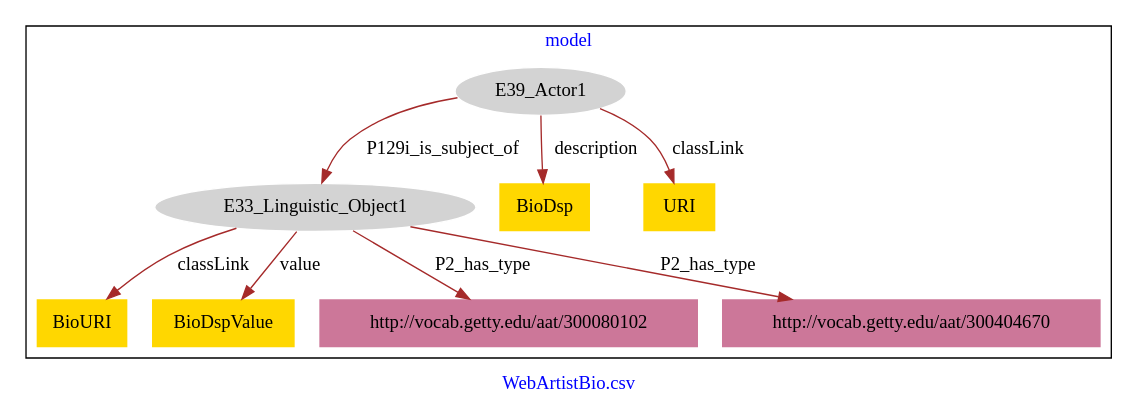
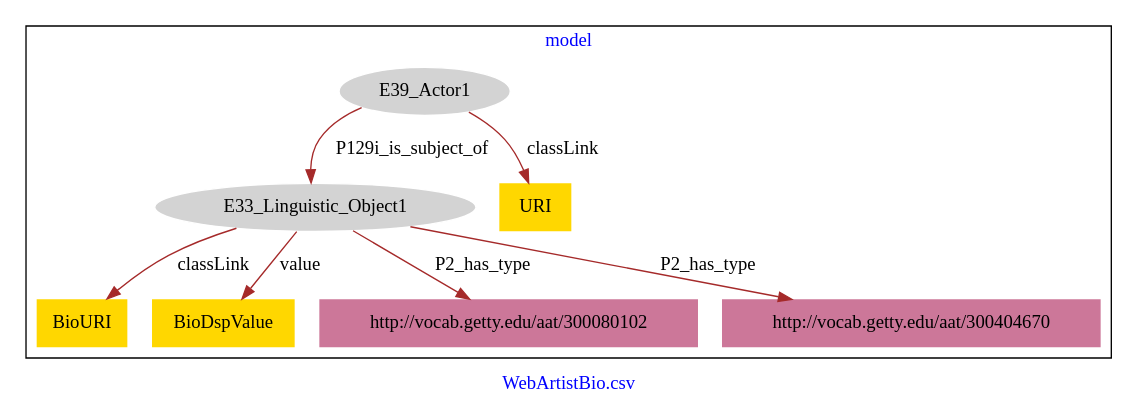
Before and after one commit to american-art/SAAM: the diagram in WebArtistBio/WebArtistBio-model.dot, drawn with Graphviz.

Commit message:
Update file WebArtistBio-model.dot

```diff
--- a/WebArtistBio/WebArtistBio-model.dot
+++ b/WebArtistBio/WebArtistBio-model.dot
@@ -1,23 +1,21 @@
 digraph n0 {
 fontcolor="blue"
 remincross="true"
 label="WebArtistBio.csv"
 subgraph cluster {
 label="model"
 n2[style="filled",color="white",fillcolor="lightgray",label="E39_Actor1"];
 n3[style="filled",color="white",fillcolor="lightgray",label="E33_Linguistic_Object1"];
-n4[shape="plaintext",style="filled",fillcolor="gold",label="BioDsp"];
+n4[shape="plaintext",style="filled",fillcolor="gold",label="URI"];
 n5[shape="plaintext",style="filled",fillcolor="gold",label="BioURI"];
-n6[shape="plaintext",style="filled",fillcolor="gold",label="URI"];
-n7[shape="plaintext",style="filled",fillcolor="gold",label="BioDspValue"];
-n8[shape="plaintext",style="filled",fillcolor="#CC7799",label="http://vocab.getty.edu/aat/300080102"];
-n9[shape="plaintext",style="filled",fillcolor="#CC7799",label="http://vocab.getty.edu/aat/300404670"];
+n6[shape="plaintext",style="filled",fillcolor="gold",label="BioDspValue"];
+n7[shape="plaintext",style="filled",fillcolor="#CC7799",label="http://vocab.getty.edu/aat/300080102"];
+n8[shape="plaintext",style="filled",fillcolor="#CC7799",label="http://vocab.getty.edu/aat/300404670"];
 }
 n2 -> n3[color="brown",fontcolor="black",label="P129i_is_subject_of"]
-n2 -> n4[color="brown",fontcolor="black",label="description"]
+n2 -> n4[color="brown",fontcolor="black",label="classLink"]
 n3 -> n5[color="brown",fontcolor="black",label="classLink"]
-n2 -> n6[color="brown",fontcolor="black",label="classLink"]
-n3 -> n7[color="brown",fontcolor="black",label="value"]
+n3 -> n6[color="brown",fontcolor="black",label="value"]
+n3 -> n7[color="brown",fontcolor="black",label="P2_has_type"]
 n3 -> n8[color="brown",fontcolor="black",label="P2_has_type"]
-n3 -> n9[color="brown",fontcolor="black",label="P2_has_type"]
 }
```
